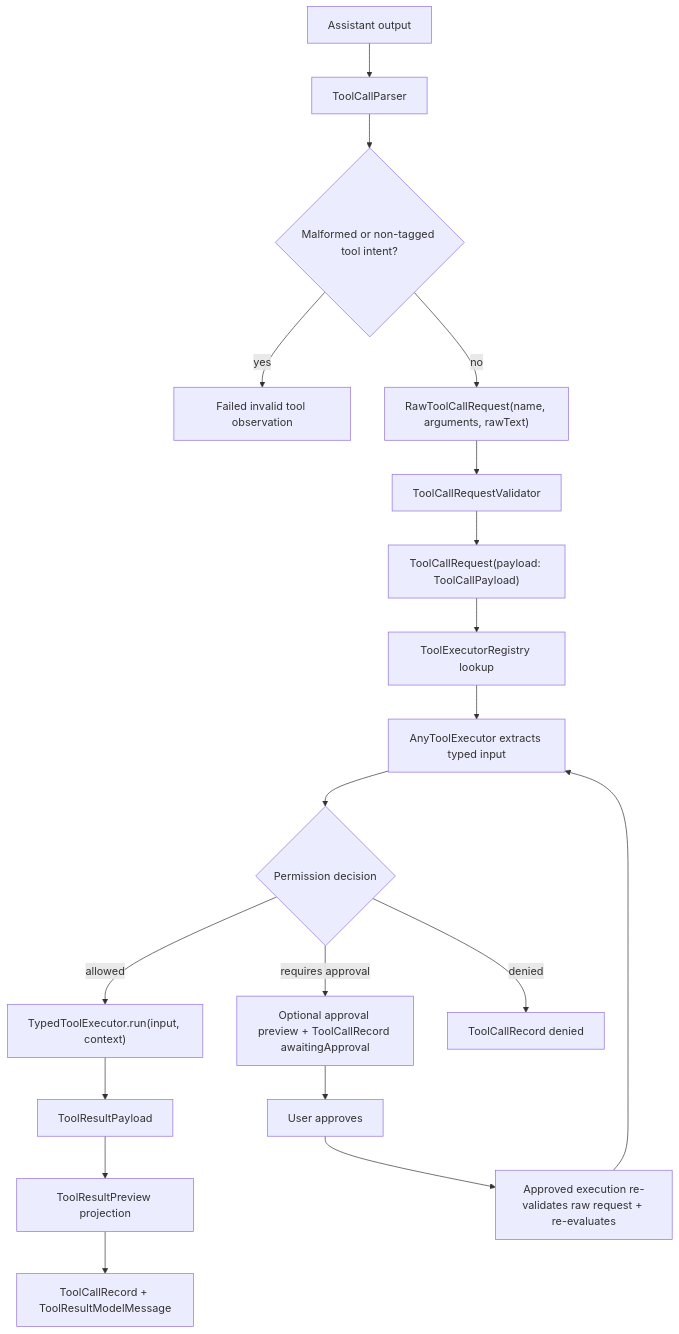
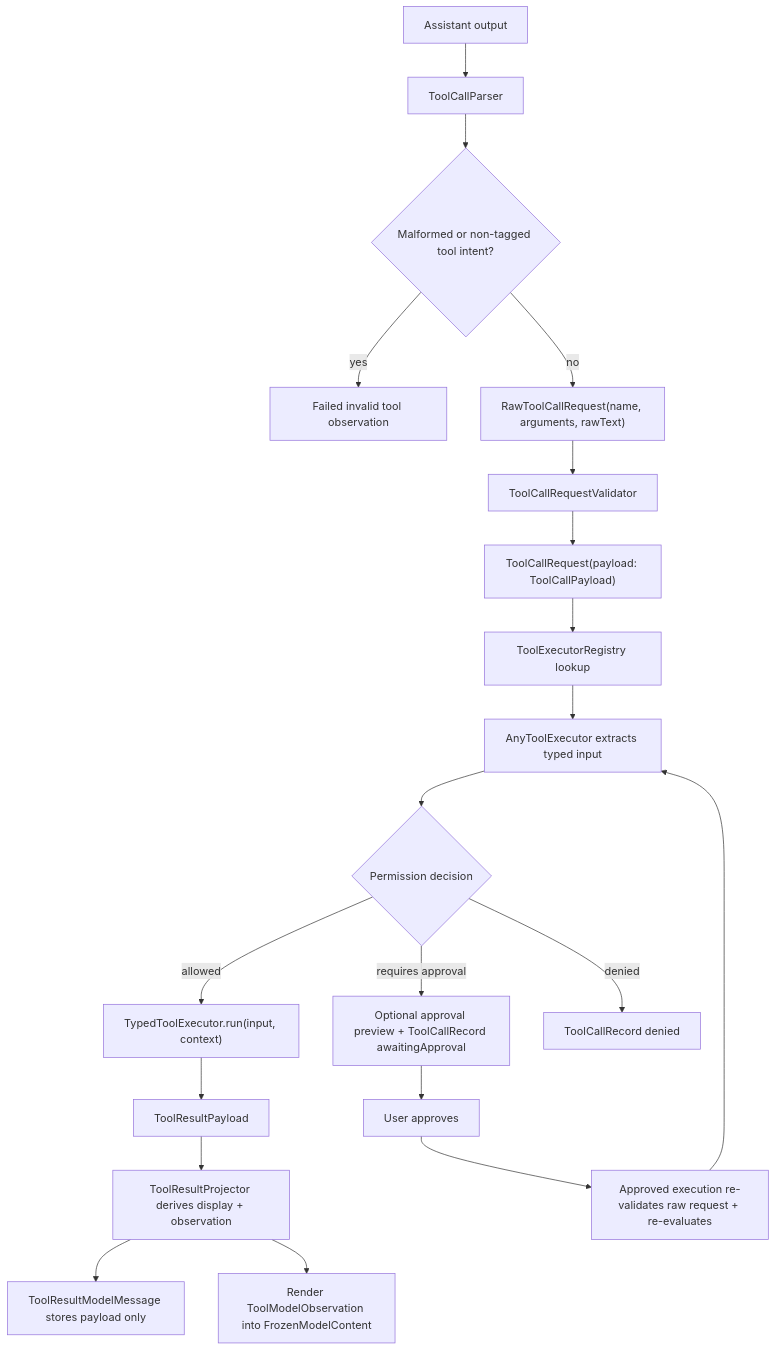
One commit to ngutech21/sumika-chat changed the diagram in docs/tool-runtime.md. Above: the diagram before and after it, drawn with Mermaid. The commit also changed other lines of this file and 20 other files, not shown here.

Commit message:
feat: separate tool display output from model-facing observations fixes #50

````diff
--- a/docs/tool-runtime.md
+++ b/docs/tool-runtime.md
@@ -10,21 +10,22 @@
 ```mermaid
 flowchart TD
   A["Assistant output"] --> B["ToolCallParser"]
   B --> Z{"Malformed or non-tagged tool intent?"}
   Z -- "yes" --> Y["Failed invalid tool observation"]
   Z -- "no" --> C["RawToolCallRequest(name, arguments, rawText)"]
   C --> D["ToolCallRequestValidator"]
   D --> E["ToolCallRequest(payload: ToolCallPayload)"]
   E --> F["ToolExecutorRegistry lookup"]
   F --> G["AnyToolExecutor extracts typed input"]
   G --> H{"Permission decision"}
   H -- "allowed" --> I["TypedToolExecutor.run(input, context)"]
   H -- "requires approval" --> J["Optional approval preview + ToolCallRecord awaitingApproval"]
   H -- "denied" --> K["ToolCallRecord denied"]
   I --> L["ToolResultPayload"]
-  L --> O["ToolResultPreview projection"]
-  O --> P["ToolCallRecord + ToolResultModelMessage"]
+  L --> O["ToolResultProjector derives display + observation"]
+  O --> P["ToolResultModelMessage stores payload only"]
+  O --> Q["Render ToolModelObservation into FrozenModelContent"]
   J --> M["User approves"]
   M --> N["Approved execution re-validates raw request + re-evaluates"]
   N --> G
 ```
````
